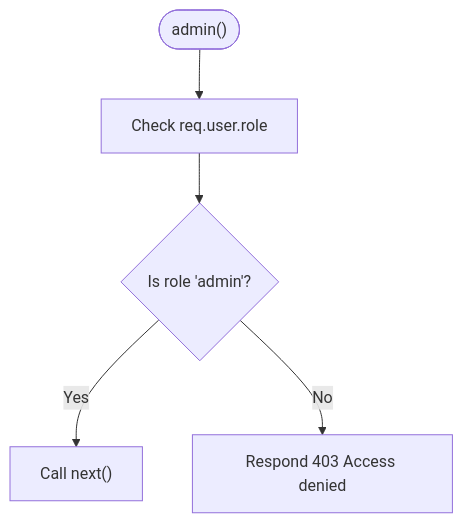
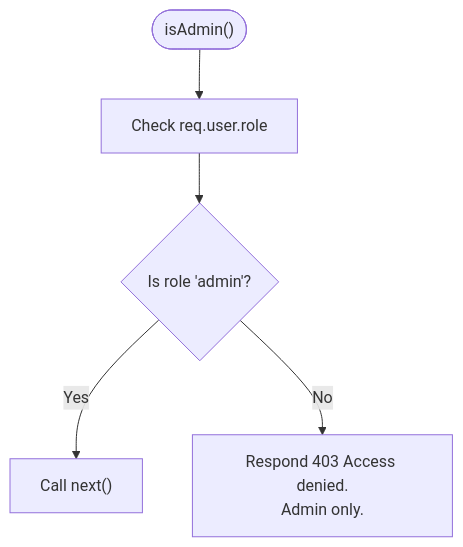
Before and after one commit to Pavan-PSPK9032/TrendsandToss: the fourth of 6 diagrams in .qoder/repowiki/en/content/Authentication & Authorization/Authentication Middleware.md, drawn with Mermaid. The commit also changed other lines of this file and 9 other files, not shown here.

Commit message:
Fix logout functionality, admin access, and add remove from cart option

````diff
--- a/.qoder/repowiki/en/content/Authentication & Authorization/Authentication Middleware.md
+++ b/.qoder/repowiki/en/content/Authentication & Authorization/Authentication Middleware.md
@@ -177,7 +202,7 @@
 ```mermaid
 flowchart TD
-Start(["admin()"]) --> CheckRole["Check req.user.role"]
+Start(["isAdmin()"]) --> CheckRole["Check req.user.role"]
 CheckRole --> IsAdmin{"Is role 'admin'?"}
 IsAdmin --> |Yes| Next["Call next()"]
-IsAdmin --> |No| Deny["Respond 403 Access denied"]
+IsAdmin --> |No| Deny["Respond 403 Access denied.<br/>Admin only."]
 ```
````
